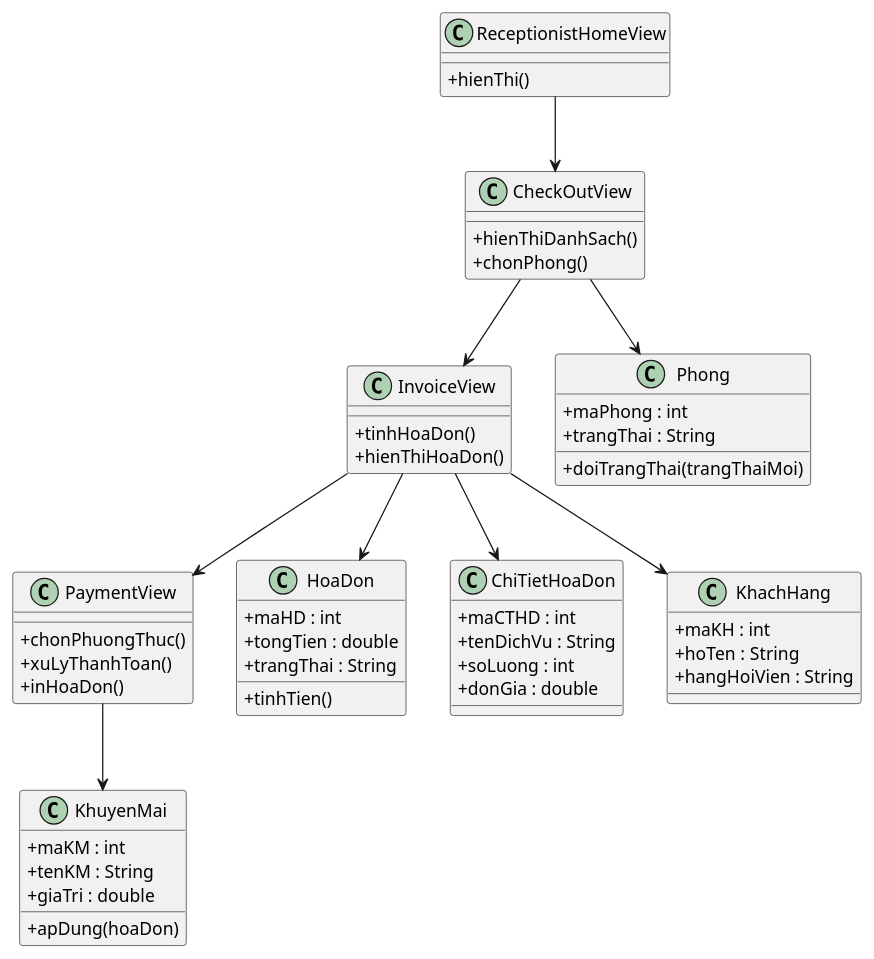
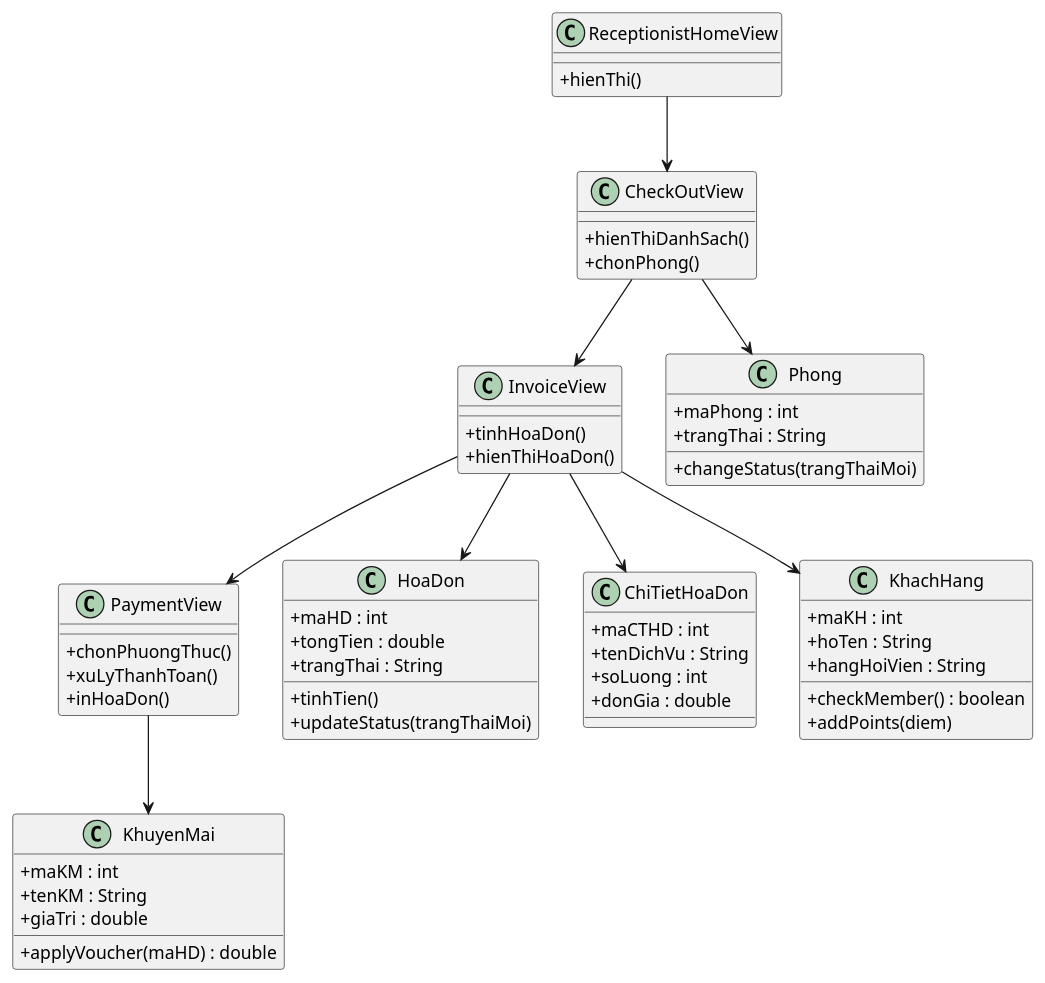
Before and after one commit to thanhtrnnn/cnpm: the fourth of 8 diagrams in docs/tabs/section-booking-ii.3-2.4.md, drawn with PlantUML. The commit also changed other lines of this file and 15 other files, not shown here.

First line of the commit message:
feat: add Phase II analysis BCE + sequence diagrams with narrative text

````diff
--- a/docs/tabs/section-booking-ii.3-2.4.md
+++ b/docs/tabs/section-booking-ii.3-2.4.md
@@ -146,67 +207,70 @@
 ```plantuml
 @startuml
 skinparam classAttributeIconSize 0
 
 class ReceptionistHomeView {
   +hienThi()
 }
 
 class CheckOutView {
   +hienThiDanhSach()
   +chonPhong()
 }
 
 class InvoiceView {
   +tinhHoaDon()
   +hienThiHoaDon()
 }
 
 class PaymentView {
   +chonPhuongThuc()
   +xuLyThanhToan()
   +inHoaDon()
 }
 
 class Phong {
   +maPhong : int
   +trangThai : String
-  +doiTrangThai(trangThaiMoi)
+  +changeStatus(trangThaiMoi)
 }
 
 class HoaDon {
   +maHD : int
   +tongTien : double
   +trangThai : String
   +tinhTien()
+  +updateStatus(trangThaiMoi)
 }
 
 class ChiTietHoaDon {
   +maCTHD : int
   +tenDichVu : String
   +soLuong : int
   +donGia : double
 }
 
 class KhachHang {
   +maKH : int
   +hoTen : String
   +hangHoiVien : String
+  +checkMember() : boolean
+  +addPoints(diem)
 }
 
 class KhuyenMai {
   +maKM : int
   +tenKM : String
   +giaTri : double
-  +apDung(hoaDon)
+  +applyVoucher(maHD) : double
 }
 
 ReceptionistHomeView --> CheckOutView
 CheckOutView --> InvoiceView
 InvoiceView --> PaymentView
 CheckOutView --> Phong
 InvoiceView --> HoaDon
 InvoiceView --> ChiTietHoaDon
 InvoiceView --> KhachHang
 PaymentView --> KhuyenMai
 @enduml
 ```
````
